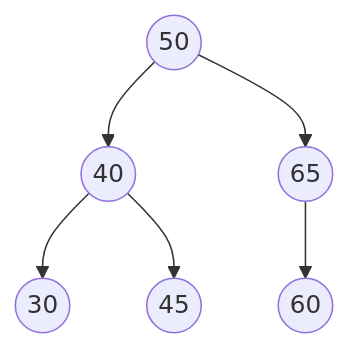
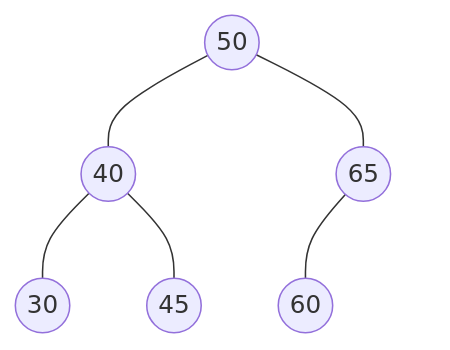
The second of 7 diagrams in Binary Search Tree.md (ianchen0419/cpp-leetcode), drawn with Mermaid before and after one commit. The commit also changed other lines of this file, not shown here.

````diff
--- a/Binary Search Tree.md
+++ b/Binary Search Tree.md
@@ -21,17 +25,24 @@
 ```mermaid
 flowchart TB
-    r:::green-->a1
-    a1-->a2
-    a1-->a3
-    r-->b1
-    b1-->b2
+    r---a1
+    a1---a2
+    a1---a3
+    r---b1
+    b1---b2
+    b1---b3
 
     r((50))
 
     a1((40))
     a2((30))
     a3((45))
 
     b1((65))
     b2((60))
+    b3(( )):::clear
+    
+    linkStyle 5 opacity:0
+    classDef orange fill:#f96,stroke:#f66
+    classDef green fill:#ecffec
+    classDef clear opacity:0
 ```
````
